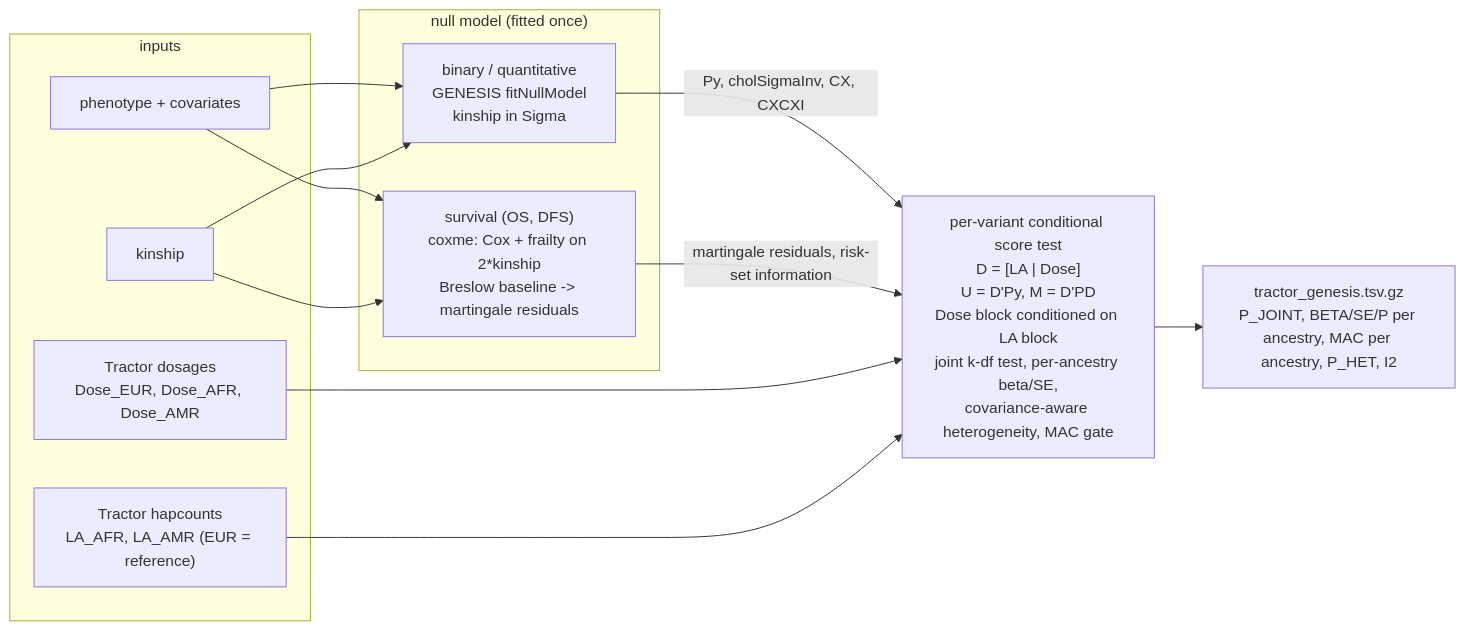
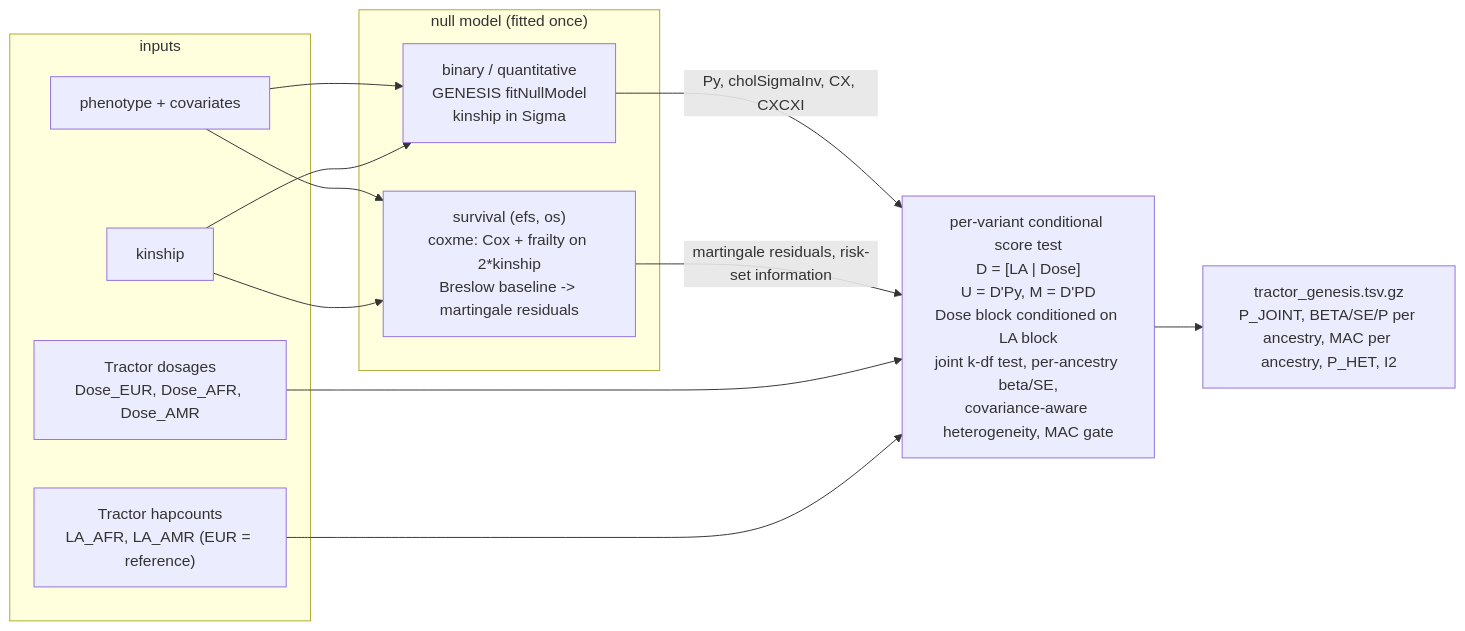
One commit to chrisrob3312/Nextflow_GWAS_pipeline changed the second of 4 diagrams in docs/WORKFLOW.md. Above: the diagram before and after it, drawn with Mermaid. The commit also changed other lines of this file and 12 other files, not shown here.

````diff
--- a/docs/WORKFLOW.md
+++ b/docs/WORKFLOW.md
@@ -108,24 +108,24 @@
 ```mermaid
 flowchart LR
     subgraph inputs
         D["Tractor dosages<br/>Dose_EUR, Dose_AFR, Dose_AMR"]
         H["Tractor hapcounts<br/>LA_AFR, LA_AMR (EUR = reference)"]
         P["phenotype + covariates"]
         K["kinship"]
     end
     subgraph null["null model (fitted once)"]
         NB["binary / quantitative<br/>GENESIS fitNullModel<br/>kinship in Sigma"]
-        NS["survival (OS, DFS)<br/>coxme: Cox + frailty on 2*kinship<br/>Breslow baseline -> martingale residuals"]
+        NS["survival (efs, os)<br/>coxme: Cox + frailty on 2*kinship<br/>Breslow baseline -> martingale residuals"]
     end
     E["per-variant conditional score test<br/>D = [LA | Dose]<br/>U = D'Py, M = D'PD<br/>Dose block conditioned on LA block<br/>joint k-df test, per-ancestry beta/SE,<br/>covariance-aware heterogeneity, MAC gate"]
     O["tractor_genesis.tsv.gz<br/>P_JOINT, BETA/SE/P per ancestry, MAC per ancestry, P_HET, I2"]
     P --> NB
     K --> NB
     P --> NS
     K --> NS
     NB -->|"Py, cholSigmaInv, CX, CXCXI"| E
     NS -->|"martingale residuals, risk-set information"| E
     D --> E
     H --> E
     E --> O
 ```
````
